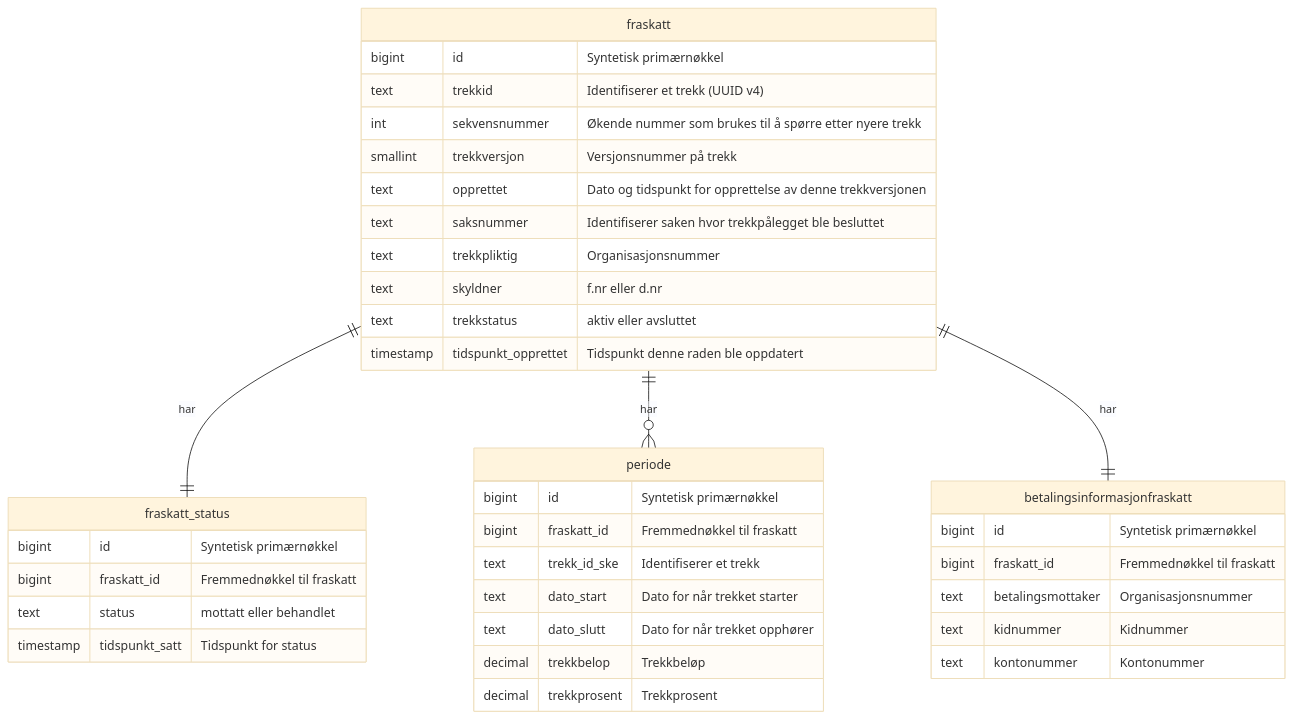
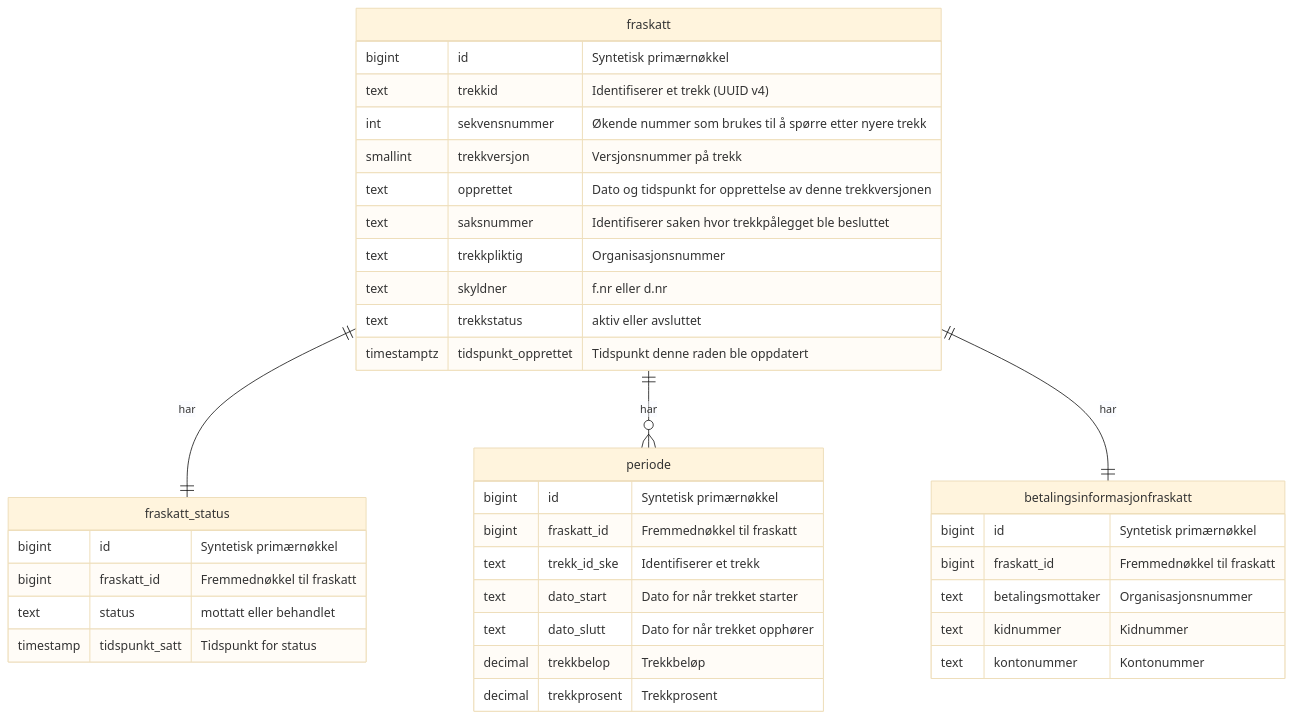
Before and after one commit to navikt/sokos-utleggstrekk: the diagram in dokumentasjon/datamodell/fraskatt.md, drawn with Mermaid (base theme).

Commit message:
Tob-6989 endret doc

````diff
--- a/dokumentasjon/datamodell/fraskatt.md
+++ b/dokumentasjon/datamodell/fraskatt.md
@@ -7,43 +7,43 @@
 ```mermaid
 ---
 Fra skatt
 ---
 erDiagram
     fraskatt ||--|| fraskatt_status: har 
     fraskatt {
         bigint id "Syntetisk primærnøkkel"
         text trekkid "Identifiserer et trekk (UUID v4)"
         int sekvensnummer "Økende nummer som brukes til å spørre etter nyere trekk"
         smallint trekkversjon "Versjonsnummer på trekk"
         text opprettet "Dato og tidspunkt for opprettelse av denne trekkversjonen"
         text saksnummer "Identifiserer saken hvor trekkpålegget ble besluttet"        
         text trekkpliktig "Organisasjonsnummer"
         text skyldner "f.nr eller d.nr"
         text trekkstatus "aktiv eller avsluttet"
-        timestamp tidspunkt_opprettet "Tidspunkt denne raden ble oppdatert"        
+        timestamptz tidspunkt_opprettet "Tidspunkt denne raden ble oppdatert"        
     }
     fraskatt_status {
         bigint id "Syntetisk primærnøkkel"
         bigint fraskatt_id "Fremmednøkkel til fraskatt"
         text status "mottatt eller behandlet"
         timestamp tidspunkt_satt "Tidspunkt for status"
     }
     fraskatt ||--o{ periode: har
     periode {
         bigint id "Syntetisk primærnøkkel"
         bigint fraskatt_id "Fremmednøkkel til fraskatt"
         text trekk_id_ske "Identifiserer et trekk"
         text dato_start "Dato for når trekket starter"
         text dato_slutt "Dato for når trekket opphører"
         decimal trekkbelop "Trekkbeløp" 
         decimal trekkprosent "Trekkprosent" 
     }
     fraskatt ||--|| betalingsinformasjonfraskatt: har
     betalingsinformasjonfraskatt {
         bigint id "Syntetisk primærnøkkel"
         bigint fraskatt_id "Fremmednøkkel til fraskatt"
         text betalingsmottaker "Organisasjonsnummer"
         text kidnummer "Kidnummer"
         text kontonummer "Kontonummer"
     }
 ```
````
